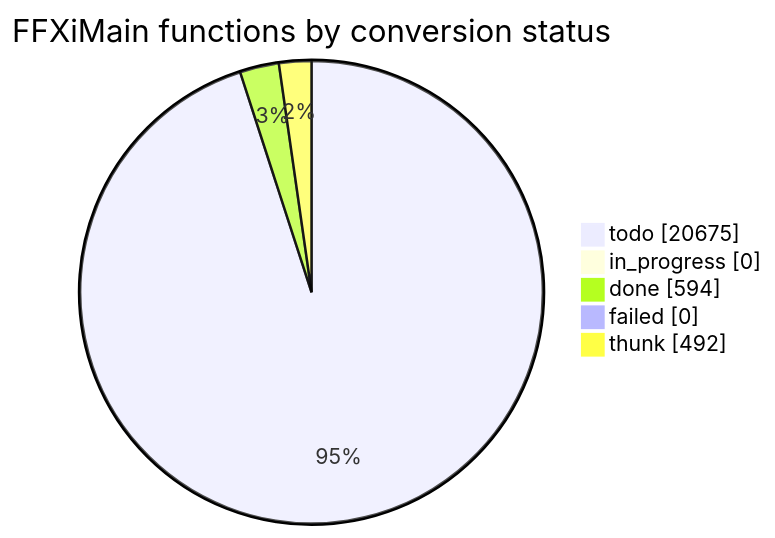
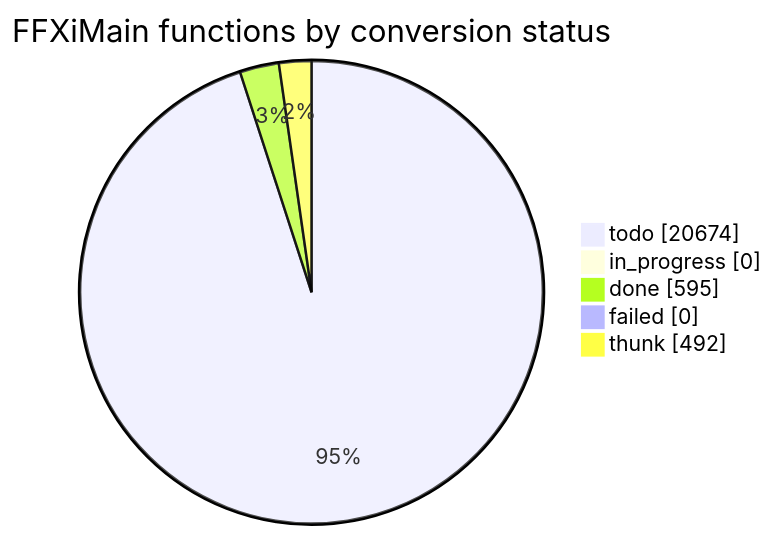
Before and after one commit to cowrevenge/cow_kuluu_xi_anything: the diagram in docs/cow/STATUS.md, drawn with Mermaid. The commit also changed other lines of this file and 9 other files, not shown here.

````diff
--- a/docs/cow/STATUS.md
+++ b/docs/cow/STATUS.md
@@ -18,9 +18,9 @@
 ```mermaid
 pie showData
     title FFXiMain functions by conversion status
-    "todo" : 20675
+    "todo" : 20674
     "in_progress" : 0
-    "done" : 594
+    "done" : 595
     "failed" : 0
     "thunk" : 492
 ```
````
